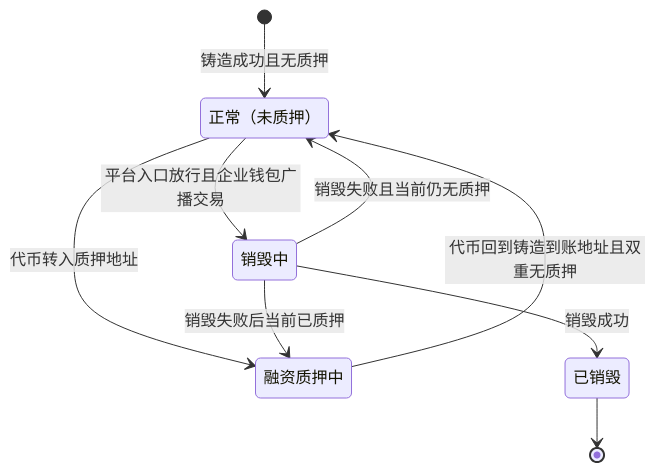
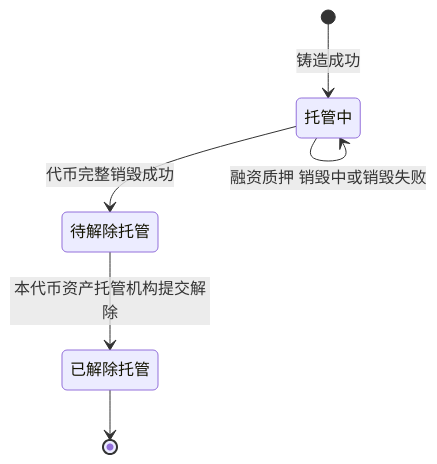
The third of 5 diagrams in token-issuance-platform/PRD/管理端/M4b-销毁审核与解除质押/02-销毁审核与解除质押-流程图与状态机.md (wxblockchain/Chain-Financing), drawn with Mermaid before and after one commit. The commit also changed other lines of this file and 4 other files, not shown here.

````diff
--- a/token-issuance-platform/PRD/管理端/M4b-销毁审核与解除质押/02-销毁审核与解除质押-流程图与状态机.md
+++ b/token-issuance-platform/PRD/管理端/M4b-销毁审核与解除质押/02-销毁审核与解除质押-流程图与状态机.md
@@ -63,15 +60,11 @@
 ```mermaid
 stateDiagram-v2
-    state "正常（未质押）" as Normal
-    state "融资质押中" as Financed
-    state "销毁中" as Applying
-    state "已销毁" as Destroyed
-    [*] --> Normal: 铸造成功且无质押
-    Normal --> Financed: 代币转入质押地址
-    Financed --> Normal: 代币回到铸造到账地址且双重无质押
-    Normal --> Applying: 平台入口放行且企业钱包广播交易
-    Applying --> Normal: 销毁失败且当前仍无质押
-    Applying --> Financed: 销毁失败后当前已质押
-    Applying --> Destroyed: 销毁成功
-    Destroyed --> [*]
+    state "托管中" as Custody
+    state "待解除托管" as PendingRelease
+    state "已解除托管" as Released
+    [*] --> Custody: 铸造成功
+    Custody --> Custody: 融资质押 销毁中或销毁失败
+    Custody --> PendingRelease: 代币完整销毁成功
+    PendingRelease --> Released: 本代币资产托管机构提交解除
+    Released --> [*]
 ```
````
